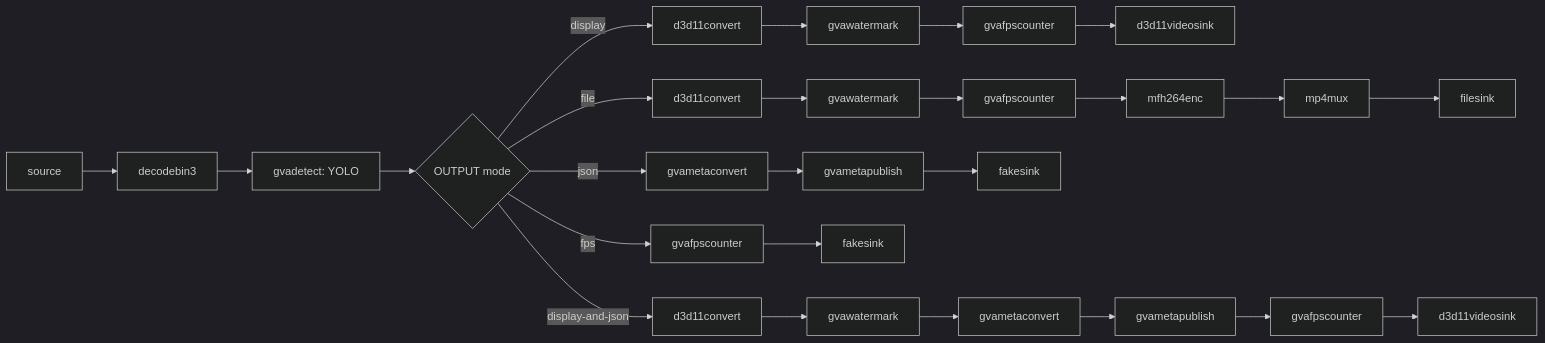
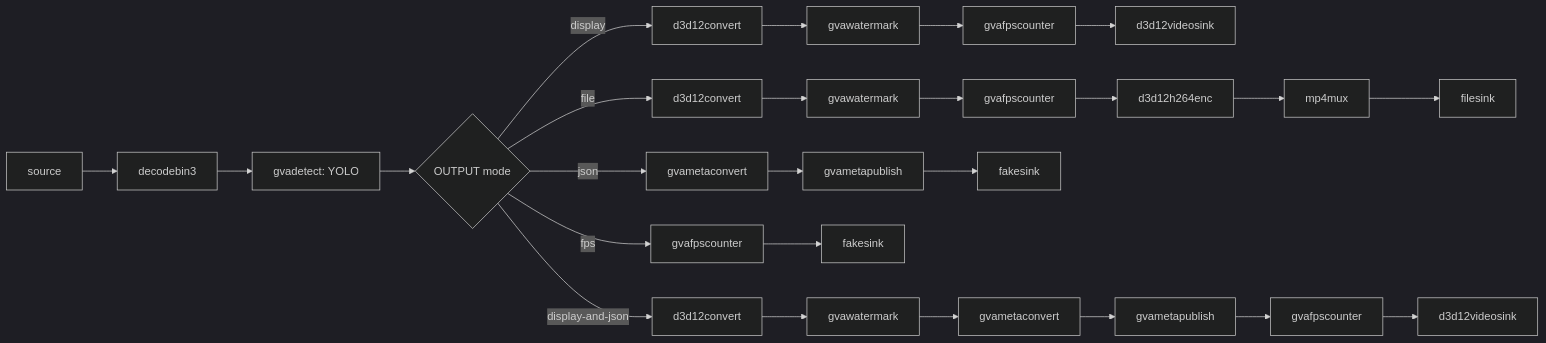
The diagram in samples/windows/gstreamer/gst_launch/detection_with_yolo/README.md (open-edge-platform/dlstreamer), drawn with Mermaid (dark theme) before and after one commit. The commit also changed other lines of this file and 15 other files, not shown here.

````diff
--- a/samples/windows/gstreamer/gst_launch/detection_with_yolo/README.md
+++ b/samples/windows/gstreamer/gst_launch/detection_with_yolo/README.md
@@ -25,32 +27,32 @@
 ```mermaid
 graph LR
     A[source] --> B[decodebin3]
     B --> C[gvadetect: YOLO]
     C --> D{OUTPUT mode}
 
-    D -->|display| E[d3d11convert]
+    D -->|display| E[d3d12convert]
     E --> F[gvawatermark]
     F --> G[gvafpscounter]
-    G --> H[d3d11videosink]
+    G --> H[d3d12videosink]
 
-    D -->|file| I[d3d11convert]
+    D -->|file| I[d3d12convert]
     I --> J[gvawatermark]
     J --> K[gvafpscounter]
-    K --> L[mfh264enc]
+    K --> L[d3d12h264enc]
     L --> M[mp4mux]
     M --> N[filesink]
 
     D -->|json| O[gvametaconvert]
     O --> P[gvametapublish]
     P --> Q[fakesink]
 
     D -->|fps| R[gvafpscounter]
     R --> S[fakesink]
 
-    D -->|display-and-json| T[d3d11convert]
+    D -->|display-and-json| T[d3d12convert]
     T --> U[gvawatermark]
     U --> V[gvametaconvert]
     V --> W[gvametapublish]
     W --> X[gvafpscounter]
-    X --> Y[d3d11videosink]
+    X --> Y[d3d12videosink]
 ```
````
